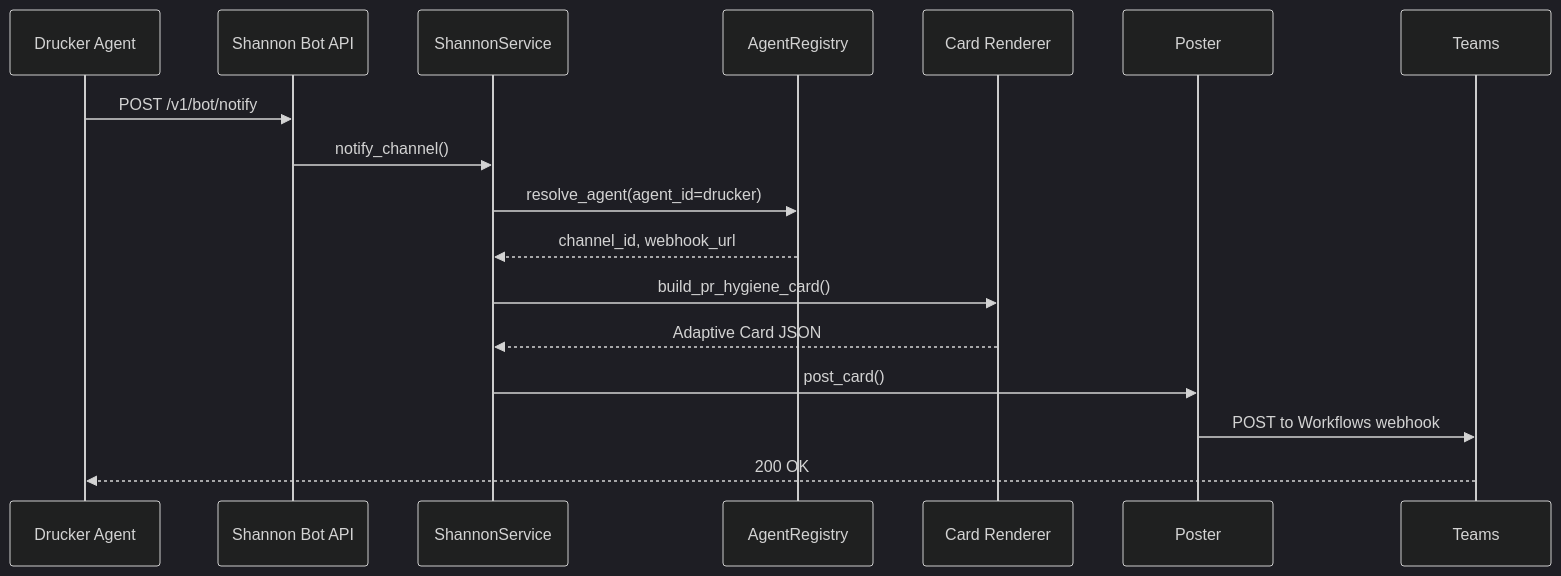
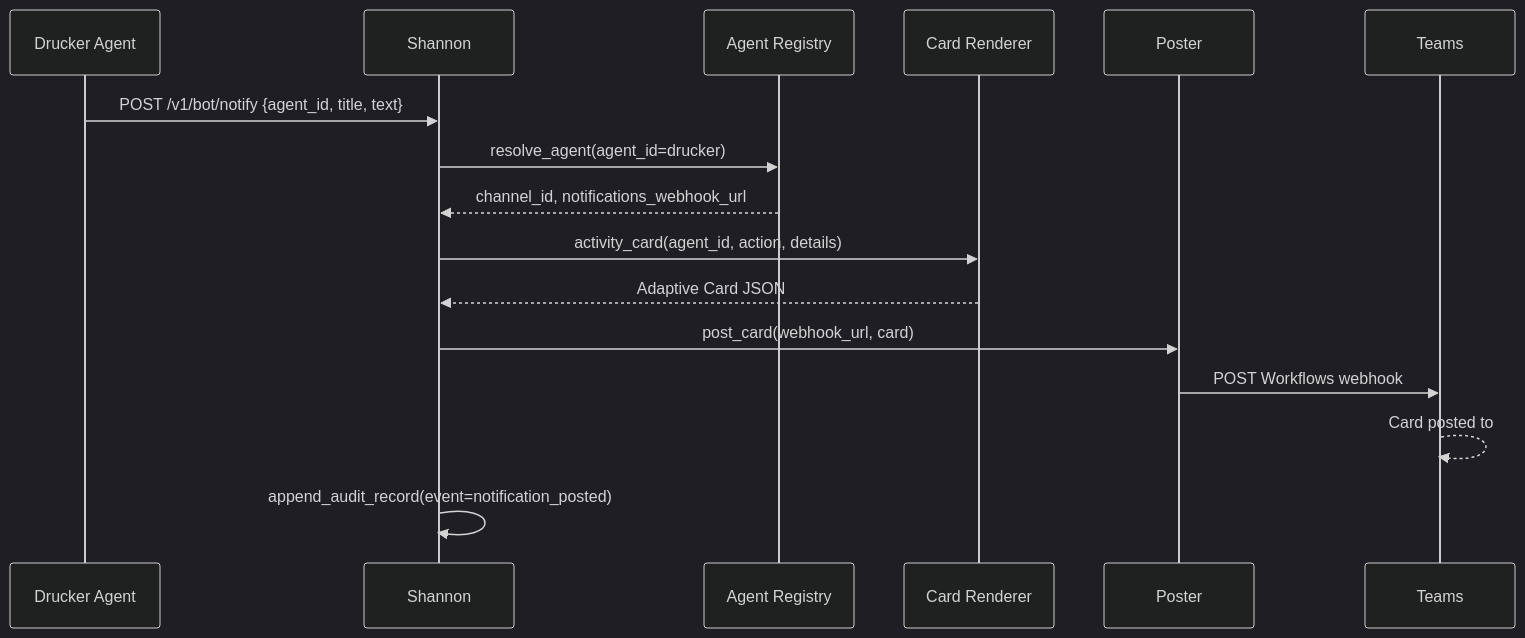
One commit to jmac-cornelis/agent-workforce changed the third of 4 diagrams in agents/shannon/docs/as-built.md. Above: the diagram before and after it, drawn with Mermaid (dark theme). The commit also changed other lines of this file and 7 other files, not shown here.

````diff
--- a/agents/shannon/docs/as-built.md
+++ b/agents/shannon/docs/as-built.md
@@ -106,20 +105,19 @@
 ```mermaid
 sequenceDiagram
-    participant DRUG as Drucker Agent
-    participant API as Shannon Bot API
-    participant SVC as ShannonService
-    participant REG as AgentRegistry
+    participant DR as Drucker Agent
+    participant SH as Shannon
+    participant REG as Agent Registry
     participant CARD as Card Renderer
     participant POST as Poster
     participant T as Teams
 
-    DRUG->>API: POST /v1/bot/notify
-    API->>SVC: notify_channel()
-    SVC->>REG: resolve_agent(agent_id=drucker)
-    REG-->>SVC: channel_id, webhook_url
-    SVC->>CARD: build_pr_hygiene_card()
-    CARD-->>SVC: Adaptive Card JSON
-    SVC->>POST: post_card()
-    POST->>T: POST to Workflows webhook
-    T-->>DRUG: 200 OK
+    DR->>SH: POST /v1/bot/notify {agent_id, title, text}
+    SH->>REG: resolve_agent(agent_id=drucker)
+    REG-->>SH: channel_id, notifications_webhook_url
+    SH->>CARD: activity_card(agent_id, action, details)
+    CARD-->>SH: Adaptive Card JSON
+    SH->>POST: post_card(webhook_url, card)
+    POST->>T: POST Workflows webhook
+    T-->>T: Card posted to #agent-drucker
+    SH->>SH: append_audit_record(event=notification_posted)
 ```
````
